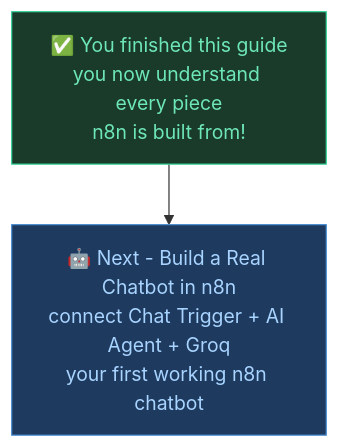
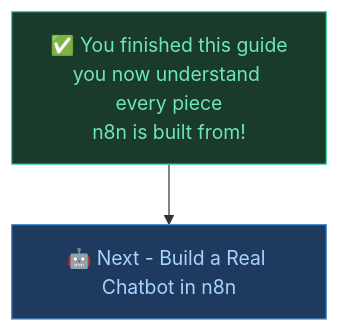
The diagram in README.md (abdulsamadxai/07_N8N_Basics_Guide), drawn with Mermaid before and after one commit.

Commit message:
Simplify flowchart next step description
Removed additional text from the flowchart description.

````diff
--- a/README.md
+++ b/README.md
@@ -239,8 +239,8 @@
 ```mermaid
 flowchart TD
     A["✅ You finished this guide\nyou now understand every piece\nn8n is built from!"]:::done
-    A --> B["🤖 Next - Build a Real Chatbot in n8n\nconnect Chat Trigger + AI Agent + Groq\nyour first working n8n chatbot"]:::blue
+    A --> B["🤖 Next - Build a Real Chatbot in n8n"]:::blue
 
     classDef done fill:#1a3a2a,stroke:#34d399,color:#6ee7b7
     classDef blue fill:#1e3a5f,stroke:#4a8fd4,color:#a8d4ff
 ```
````
